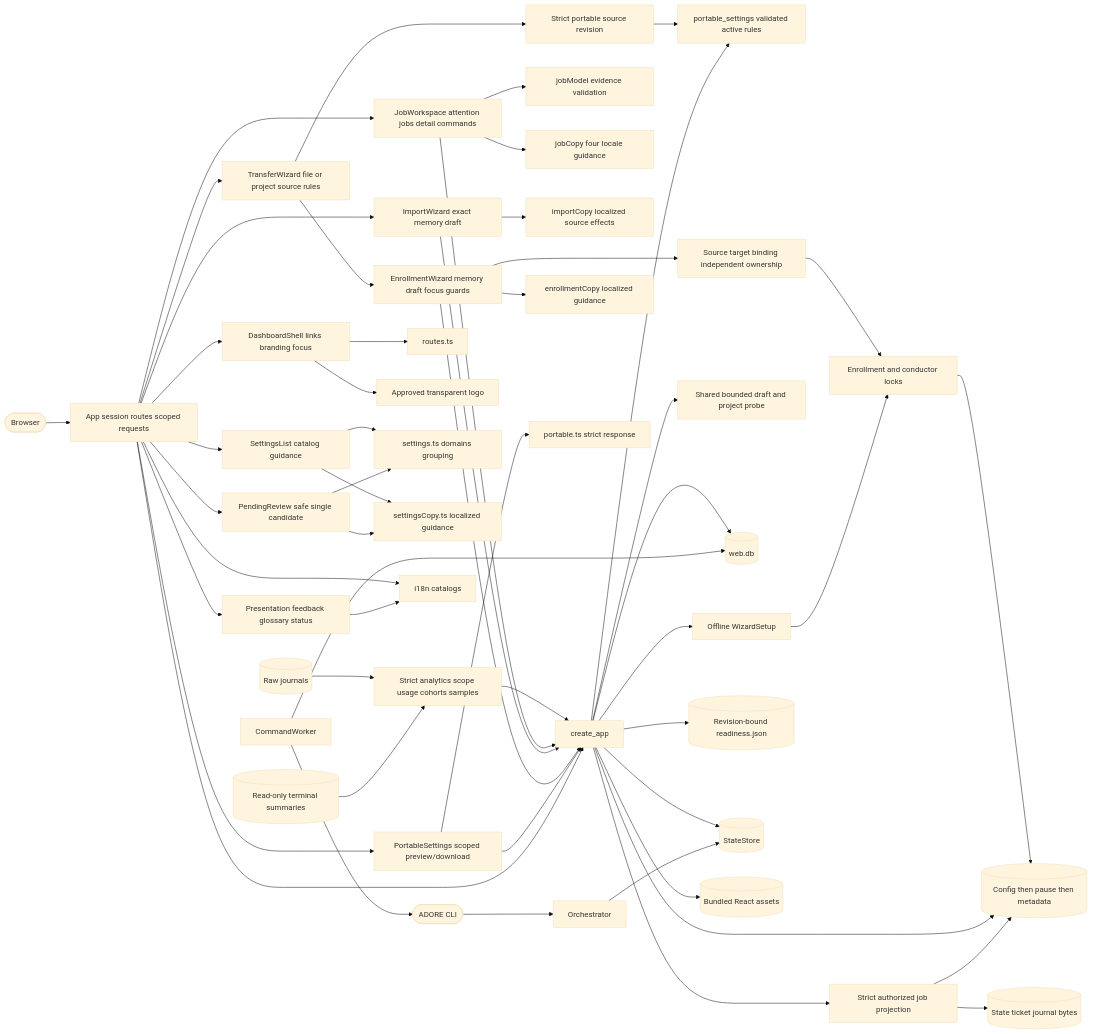
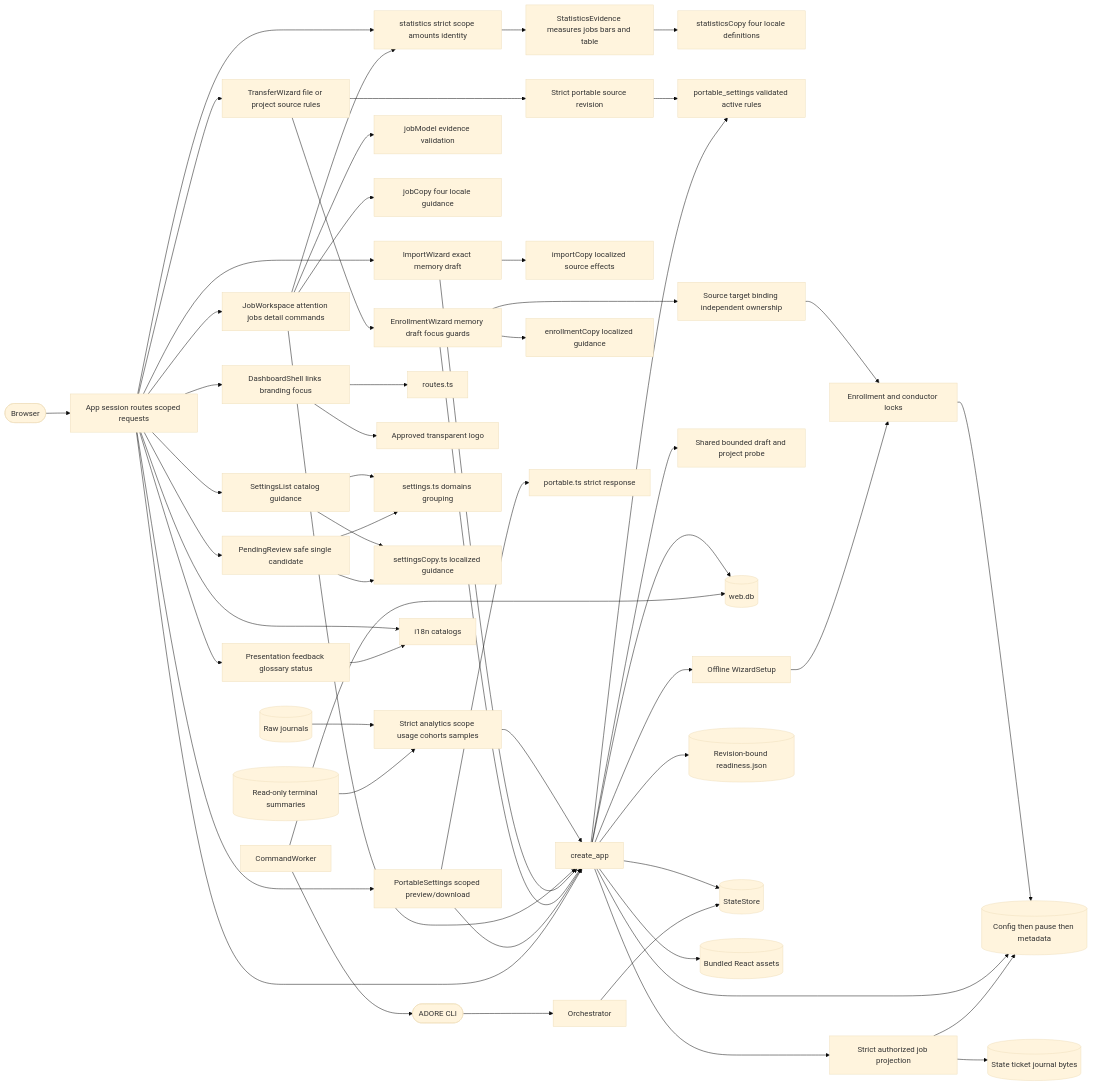
One commit to DDP-Engineering/AgenticDeliveryOrchestratorRuntimeEngine changed the diagram in .agentic/knowledge/web-interface.md. Above: the diagram before and after it, drawn with Mermaid (base theme). The commit also changed other lines of this file and 37 other files, not shown here.

First line of the commit message:
feat(web): present honest scoped statistics and job consumption (#15)

````diff
--- a/.agentic/knowledge/web-interface.md
+++ b/.agentic/knowledge/web-interface.md
@@ -408,55 +420,59 @@
 ```mermaid
 flowchart LR
     browser([Browser]) --> App[App session routes scoped requests]
     Journals[(Raw journals)] --> Analytics[Strict analytics scope usage cohorts samples]
     Summaries[(Read-only terminal summaries)] --> Analytics
     Analytics --> api
+    App --> StatisticsReader[statistics strict scope amounts identity]
+    JobWorkspace --> StatisticsReader
+    StatisticsReader --> Evidence[StatisticsEvidence measures jobs bars and table]
+    Evidence --> StatisticsCopy[statisticsCopy four locale definitions]
     App --> DashboardShell[DashboardShell links branding focus]
     App --> Presentation[Presentation feedback glossary status]
     App --> JobWorkspace[JobWorkspace attention jobs detail commands]
     JobWorkspace --> jobModel[jobModel evidence validation]
     JobWorkspace --> jobCopy[jobCopy four locale guidance]
     JobWorkspace --> api
     App --> ImportWizard[ImportWizard exact memory draft]
     ImportWizard --> importCopy[importCopy localized source effects]
     ImportWizard --> api
     App --> TransferWizard[TransferWizard file or project source rules]
     TransferWizard --> EnrollmentWizard[EnrollmentWizard memory draft focus guards]
     TransferWizard --> transferSource[Strict portable source revision]
     transferSource --> portableSource
     EnrollmentWizard --> transferTarget[Source target binding independent ownership]
     transferTarget --> publication
     EnrollmentWizard --> enrollmentCopy[enrollmentCopy localized guidance]
     EnrollmentWizard --> api
     api --> draftProbe[Shared bounded draft and project probe]
     DashboardShell --> routes[routes.ts]
     DashboardShell --> logo[Approved transparent logo]
     App --> SettingsList[SettingsList catalog guidance]
     App --> PendingReview[PendingReview safe single candidate]
     SettingsList --> settings[settings.ts domains grouping]
     PendingReview --> settings
     SettingsList --> settingsCopy[settingsCopy.ts localized guidance]
     PendingReview --> settingsCopy
     App --> PortableSettings[PortableSettings scoped preview/download]
     PortableSettings --> portable[portable.ts strict response]
     PortableSettings --> api
     api --> portableSource[portable_settings validated active rules]
     App --> i18n[i18n catalogs]
     Presentation --> i18n
     App --> api[create_app]
     api --> identity[(web.db)]
     api --> preparation[Offline WizardSetup]
     preparation --> publication[Enrollment and conductor locks]
     publication --> profiles[(Config then pause then metadata)]
     api --> profiles
     api --> verification[(Revision-bound readiness.json)]
     api --> state[(StateStore)]
     api --> jobs[Strict authorized job projection]
     jobs --> sources[(State ticket journal bytes)]
     jobs --> profiles
     api --> assets[(Bundled React assets)]
     worker[CommandWorker] --> identity
     worker --> cli([ADORE CLI])
     cli --> conductor[Orchestrator]
     conductor --> state
 ```
````
